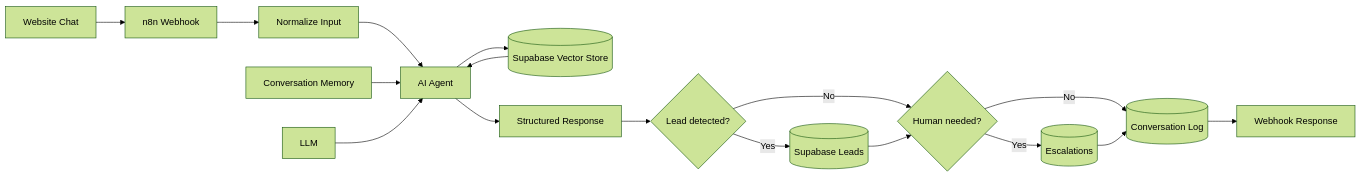
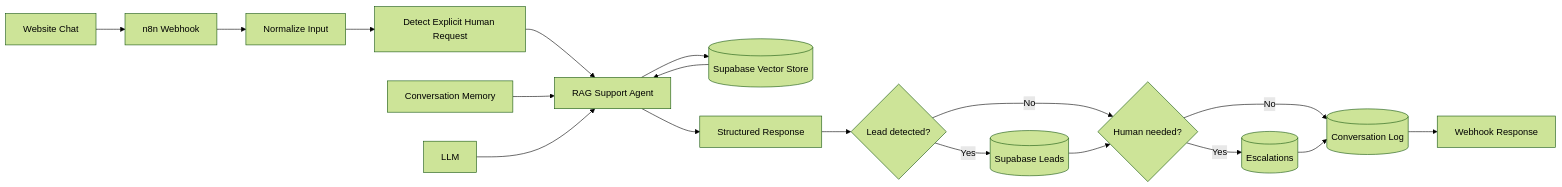
Before and after one commit to harpreet-narang/rag-customer-support-agent: the first of 2 diagrams in README.md, drawn with Mermaid (forest theme). The commit also changed other lines of this file, not shown here.

Commit message:
Document explicit human handoff workflow

````diff
--- a/README.md
+++ b/README.md
@@ -24,19 +24,20 @@
 ```mermaid
 flowchart LR
     A[Website Chat] --> B[n8n Webhook]
     B --> C[Normalize Input]
-    C --> D[AI Agent]
-    D --> E[(Supabase Vector Store)]
-    E --> D
-    F[Conversation Memory] --> D
-    G[LLM] --> D
-    D --> H[Structured Response]
-    H --> I{Lead detected?}
-    I -- Yes --> J[(Supabase Leads)]
-    I -- No --> K{Human needed?}
-    J --> K
-    K -- Yes --> L[(Escalations)]
-    K -- No --> M[(Conversation Log)]
-    L --> M
-    M --> N[Webhook Response]
+    C --> D[Detect Explicit Human Request]
+    D --> E[RAG Support Agent]
+    E --> F[(Supabase Vector Store)]
+    F --> E
+    G[Conversation Memory] --> E
+    H[LLM] --> E
+    E --> I[Structured Response]
+    I --> J{Lead detected?}
+    J -- Yes --> K[(Supabase Leads)]
+    J -- No --> L{Human needed?}
+    K --> L
+    L -- Yes --> M[(Escalations)]
+    L -- No --> N[(Conversation Log)]
+    M --> N
+    N --> O[Webhook Response]
 ```
````
